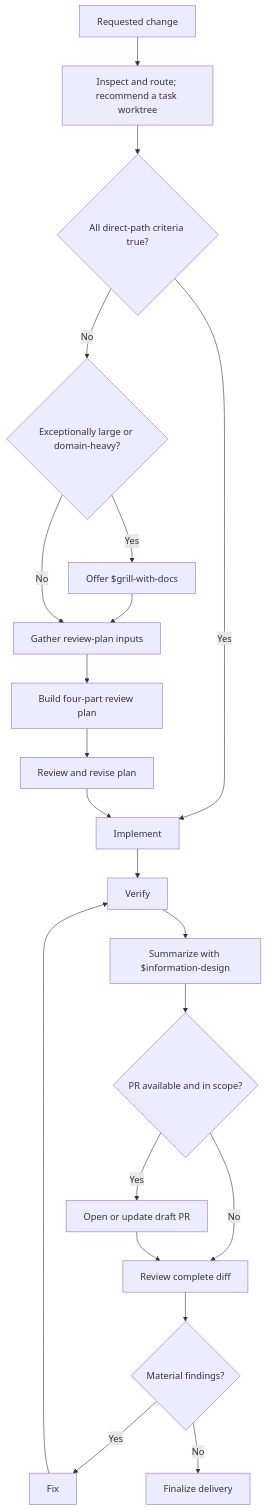
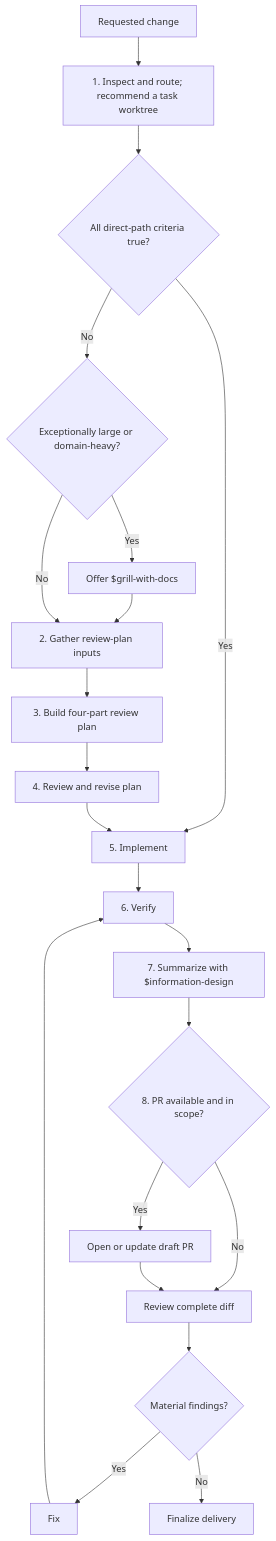
The diagram in dev-task/SKILL.md (zhdanovme/skills), drawn with Mermaid before and after one commit. The commit also changed other lines of this file, not shown here.

First line of the commit message:
Restructure dev-task with information design

````diff
--- a/dev-task/SKILL.md
+++ b/dev-task/SKILL.md
@@ -16,23 +21,23 @@
 ```mermaid
 flowchart TD
-    A["Requested change"] --> B["Inspect and route; recommend a task worktree"]
+    A["Requested change"] --> B["1. Inspect and route; recommend a task worktree"]
     B --> C{"All direct-path criteria true?"}
-    C -->|Yes| D["Implement"]
+    C -->|Yes| D["5. Implement"]
     C -->|No| Q{"Exceptionally large or domain-heavy?"}
     Q -->|Yes| R["Offer $grill-with-docs"]
-    R --> E["Gather review-plan inputs"]
+    R --> E["2. Gather review-plan inputs"]
     Q -->|No| E
-    E --> F["Build four-part review plan"]
-    F --> G["Review and revise plan"]
+    E --> F["3. Build four-part review plan"]
+    F --> G["4. Review and revise plan"]
     G --> D
-    D --> H["Verify"]
-    H --> I["Summarize with $information-design"]
-    I --> J{"PR available and in scope?"}
+    D --> H["6. Verify"]
+    H --> I["7. Summarize with $information-design"]
+    I --> J{"8. PR available and in scope?"}
     J -->|Yes| K["Open or update draft PR"]
     J -->|No| L["Review complete diff"]
     K --> L
     L --> M{"Material findings?"}
     M -->|Yes| N["Fix"]
     N --> H
     M -->|No| O["Finalize delivery"]
 ```
````
